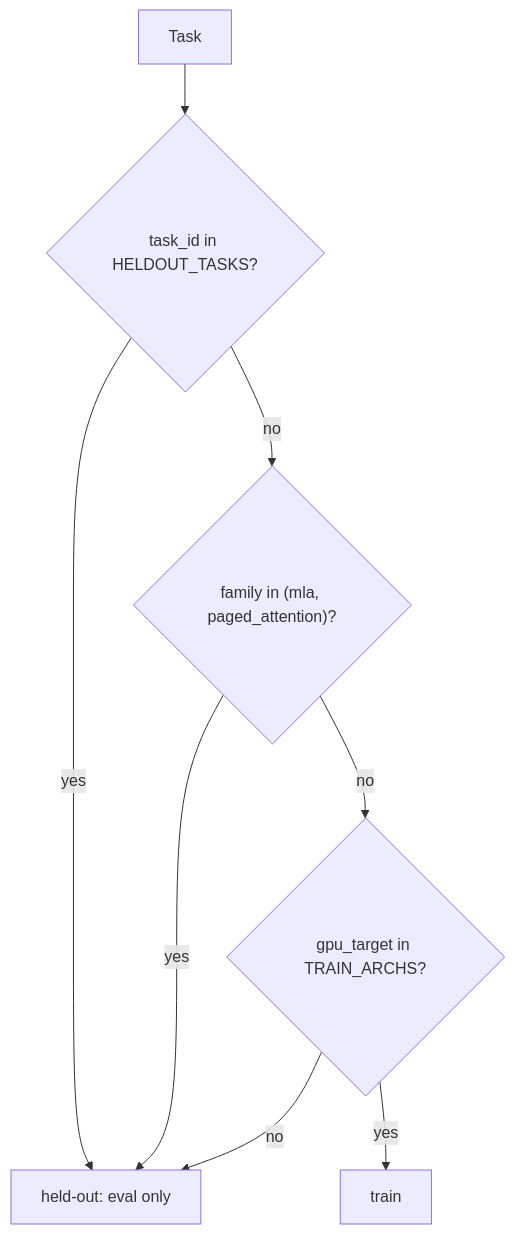
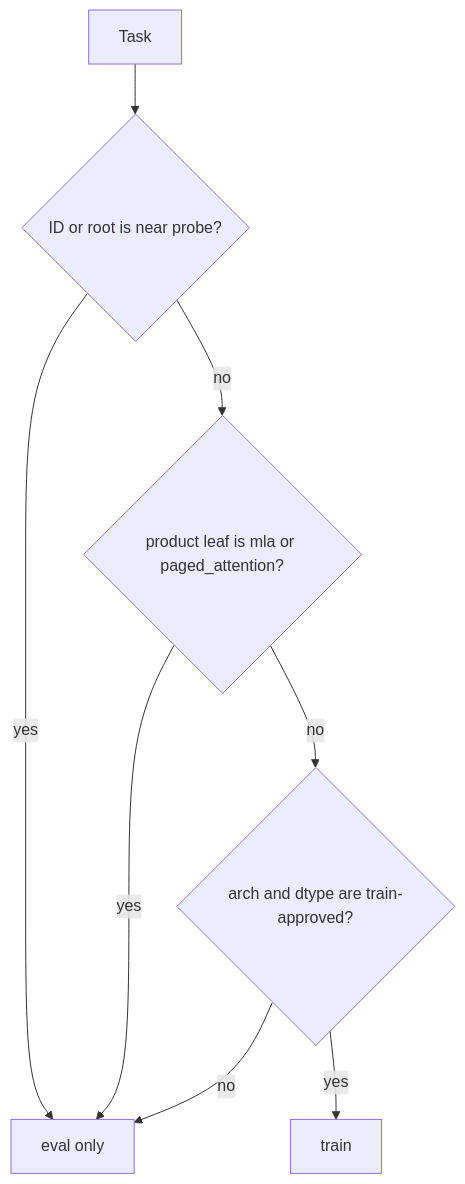
The first of 2 diagrams in kore/tasks/README.md (amd-shasriva/KORE), drawn with Mermaid before and after one commit. The commit also changed other lines of this file and 27 other files, not shown here.

Commit message:
wip(taxonomy): authoritative task taxonomy + fail-closed train/held-out split

````diff
--- a/kore/tasks/README.md
+++ b/kore/tasks/README.md
@@ -89,10 +89,10 @@
 ```mermaid
 flowchart TD
-  T[Task] --> ID{task_id in HELDOUT_TASKS?}
-  ID -->|yes| HO[held-out: eval only]
-  ID -->|no| F{"family in (mla, paged_attention)?"}
+  T[Task] --> ID{ID or root is near probe?}
+  ID -->|yes| HO[eval only]
+  ID -->|no| F{"product leaf is mla or paged_attention?"}
   F -->|yes| HO
-  F -->|no| A{"gpu_target in TRAIN_ARCHS?"}
+  F -->|no| A{"arch and dtype are train-approved?"}
   A -->|no| HO
   A -->|yes| TR[train]
 ```
````
